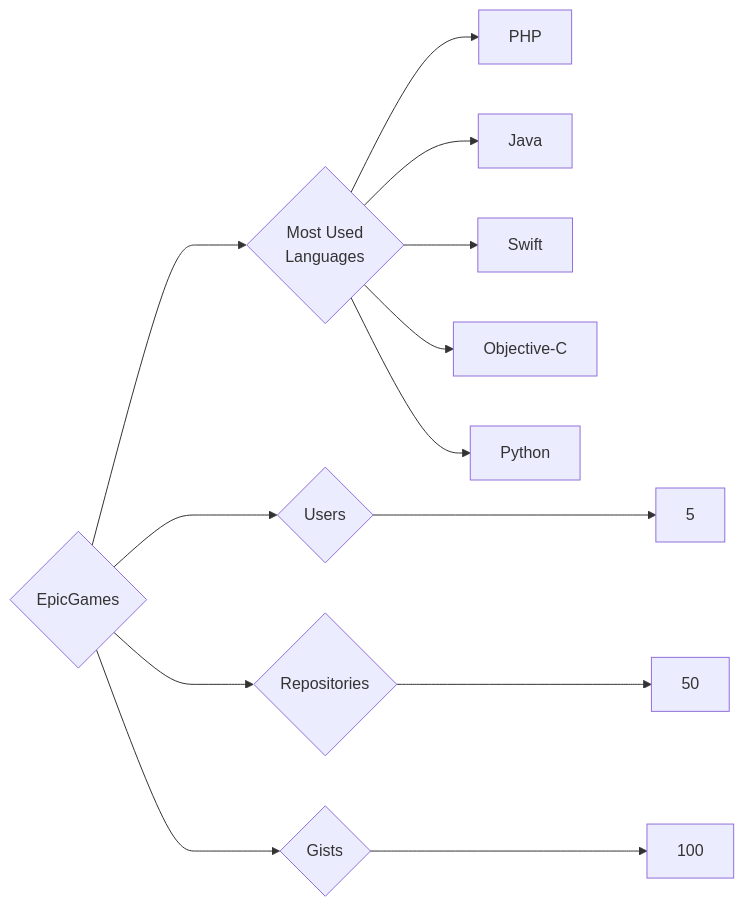
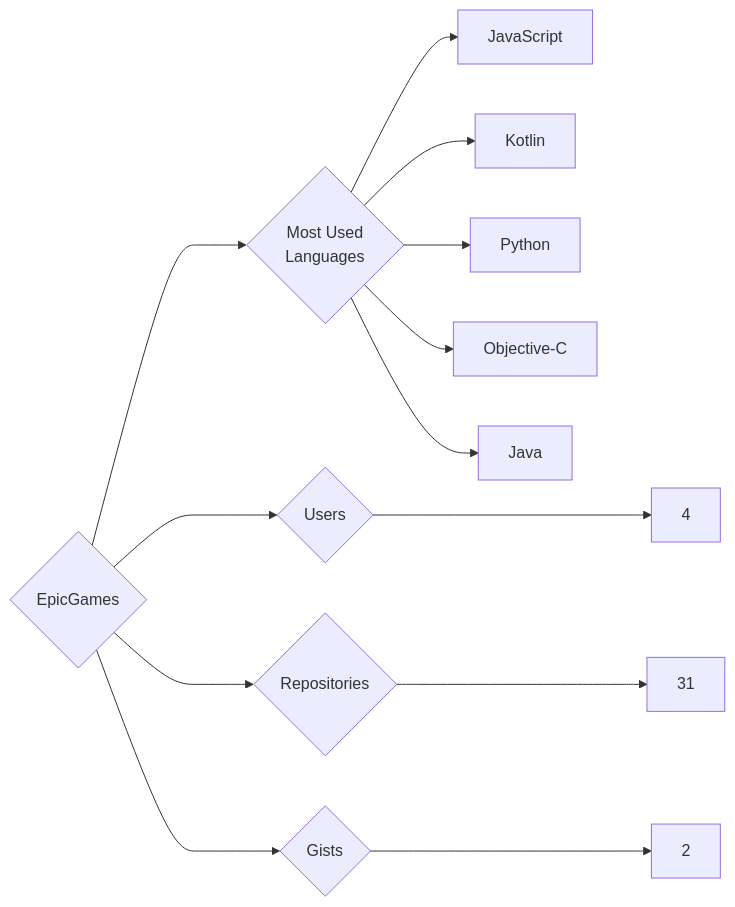
Before and after one commit to trickest/insiders: the diagram in targets/EpicGames/README.md, drawn with Mermaid. The commit also changed 1166 other files, not shown here.

````diff
--- a/targets/EpicGames/README.md
+++ b/targets/EpicGames/README.md
@@ -3,13 +3,13 @@
 ```mermaid
 graph LR
 COMPANY_NAME{EpicGames}
-COMPANY_NAME ---> U{Users} ---> UN[5]
-COMPANY_NAME ---> R{Repositories} ---> RN[50]
-COMPANY_NAME ---> G{Gists} ---> GN[100]
+COMPANY_NAME ---> U{Users} ---> UN[4]
+COMPANY_NAME ---> R{Repositories} ---> RN[31]
+COMPANY_NAME ---> G{Gists} ---> GN[2]
 COMPANY_NAME ---> ML{Most Used<br>Languages}
-ML --> PHP[PHP]
+ML --> JavaScript[JavaScript]
+ML --> Kotlin[Kotlin]
+ML --> Python[Python]
+ML --> Objective-C[Objective-C]
 ML --> Java[Java]
-ML --> Swift[Swift]
-ML --> Objective-C[Objective-C]
-ML --> Python[Python]
 ```
````
